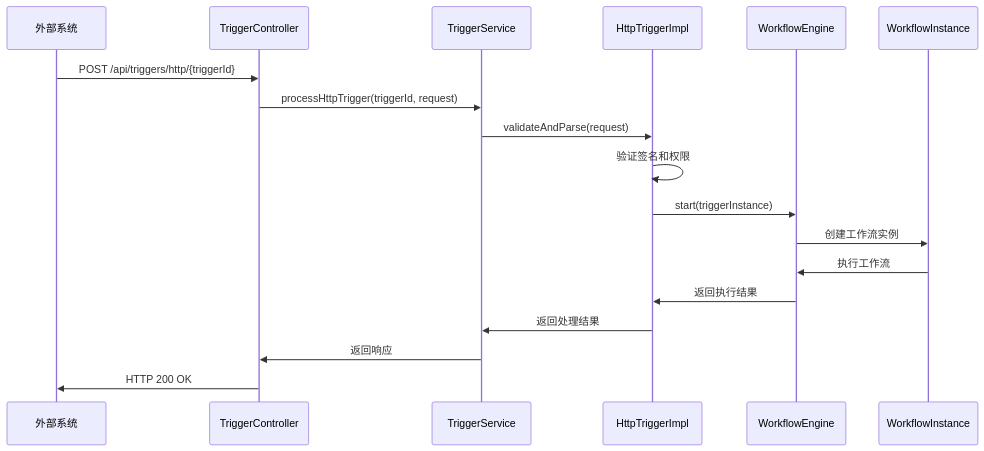
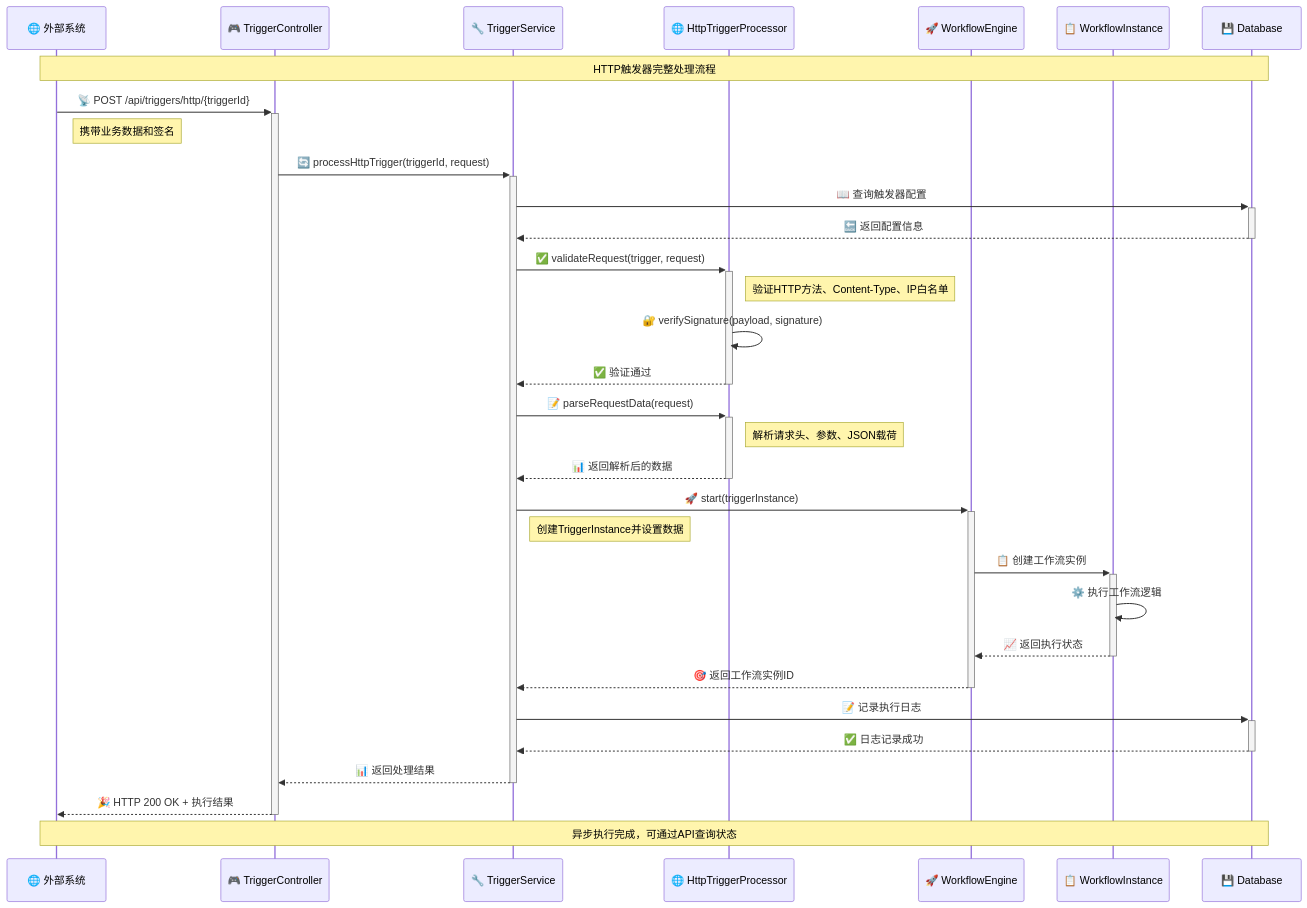
The second of 6 diagrams in docs/integration-platform-trigger-design.md (GoodAjman/effektif), drawn with Mermaid before and after one commit. The commit also changed other lines of this file, not shown here.

First line of the commit message:
docs: Enhance architecture diagrams with beautiful Mermaid charts

````diff
--- a/docs/integration-platform-trigger-design.md
+++ b/docs/integration-platform-trigger-design.md
@@ -113,21 +125,46 @@
 ```mermaid
 sequenceDiagram
-    participant Client as 外部系统
-    participant Controller as TriggerController
-    participant Service as TriggerService
-    participant HttpTrigger as HttpTriggerImpl
-    participant Engine as WorkflowEngine
-    participant Instance as WorkflowInstance
-    
-    Client->>Controller: POST /api/triggers/http/{triggerId}
-    Controller->>Service: processHttpTrigger(triggerId, request)
-    Service->>HttpTrigger: validateAndParse(request)
-    HttpTrigger->>HttpTrigger: 验证签名和权限
-    HttpTrigger->>Engine: start(triggerInstance)
-    Engine->>Instance: 创建工作流实例
-    Instance->>Engine: 执行工作流
-    Engine->>HttpTrigger: 返回执行结果
-    HttpTrigger->>Service: 返回处理结果
-    Service->>Controller: 返回响应
-    Controller->>Client: HTTP 200 OK
+    participant Client as 🌐 外部系统
+    participant Controller as 🎮 TriggerController
+    participant Service as 🔧 TriggerService
+    participant Processor as 🌐 HttpTriggerProcessor
+    participant Engine as 🚀 WorkflowEngine
+    participant Instance as 📋 WorkflowInstance
+    participant DB as 💾 Database
+
+    Note over Client,DB: HTTP触发器完整处理流程
+
+    Client->>+Controller: 📡 POST /api/triggers/http/{triggerId}
+    Note right of Client: 携带业务数据和签名
+
+    Controller->>+Service: 🔄 processHttpTrigger(triggerId, request)
+
+    Service->>+DB: 📖 查询触发器配置
+    DB-->>-Service: 🔙 返回配置信息
+
+    Service->>+Processor: ✅ validateRequest(trigger, request)
+    Note right of Processor: 验证HTTP方法、Content-Type、IP白名单
+    Processor->>Processor: 🔐 verifySignature(payload, signature)
+    Processor-->>-Service: ✅ 验证通过
+
+    Service->>+Processor: 📝 parseRequestData(request)
+    Note right of Processor: 解析请求头、参数、JSON载荷
+    Processor-->>-Service: 📊 返回解析后的数据
+
+    Service->>+Engine: 🚀 start(triggerInstance)
+    Note right of Service: 创建TriggerInstance并设置数据
+
+    Engine->>+Instance: 📋 创建工作流实例
+    Instance->>Instance: ⚙️ 执行工作流逻辑
+    Instance-->>-Engine: 📈 返回执行状态
+
+    Engine-->>-Service: 🎯 返回工作流实例ID
+
+    Service->>+DB: 📝 记录执行日志
+    DB-->>-Service: ✅ 日志记录成功
+
+    Service-->>-Controller: 📊 返回处理结果
+    Controller-->>-Client: 🎉 HTTP 200 OK + 执行结果
+
+    Note over Client,DB: 异步执行完成，可通过API查询状态
 ```
````
